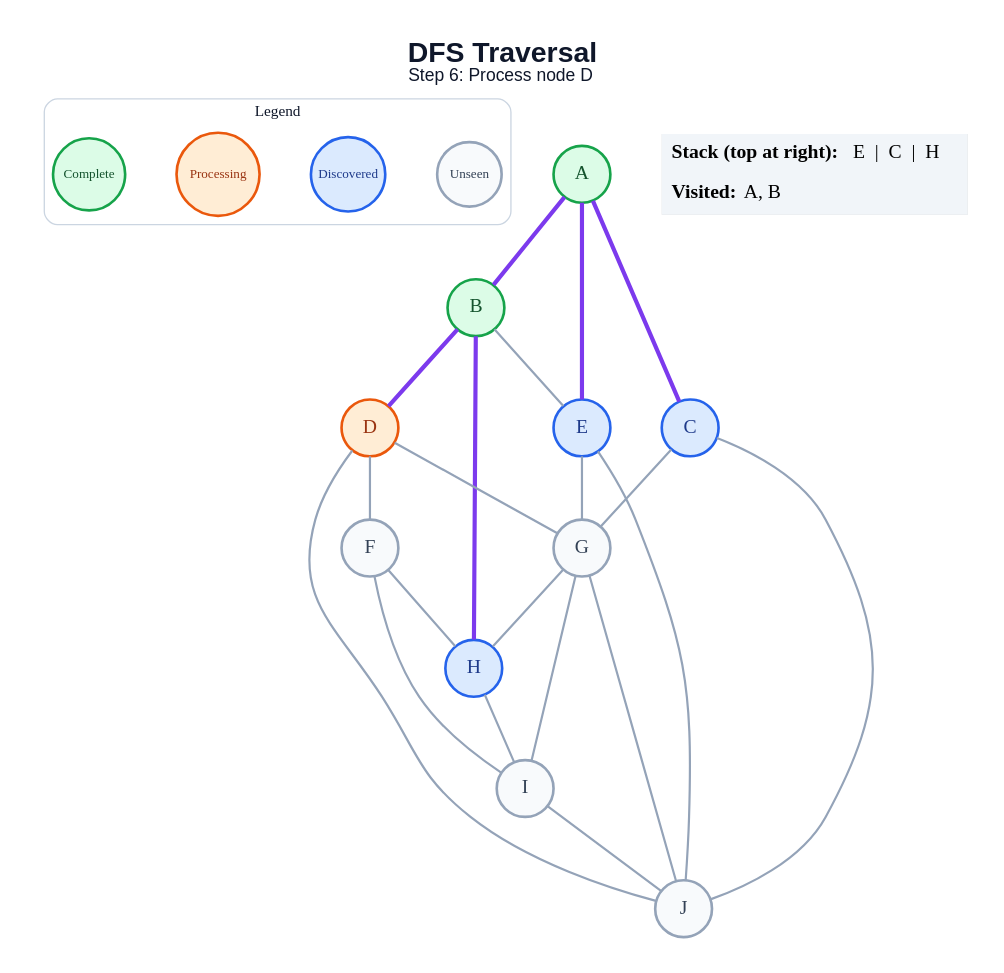
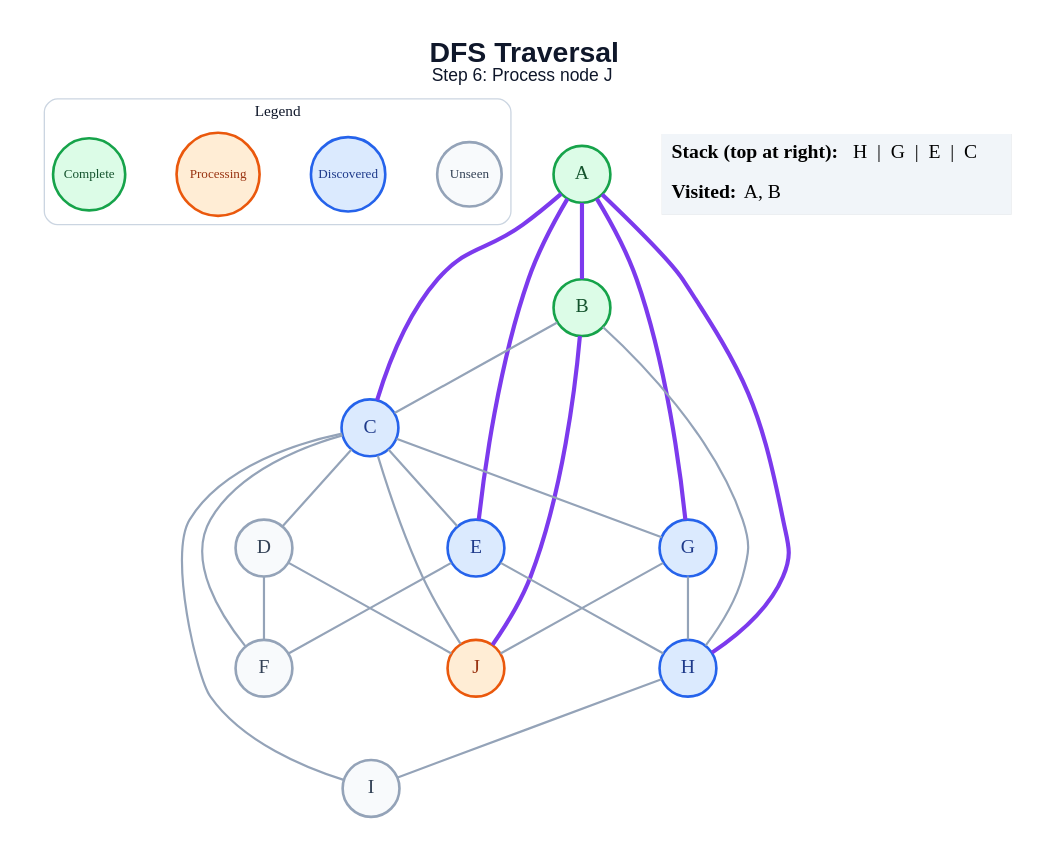
The diagram in generated/dfs/step_06.dot (anon7238593-create/ai-slop), drawn with Graphviz before and after one commit. The commit also changed 171 other files, not shown here.

```diff
--- a/generated/dfs/step_06.dot
+++ b/generated/dfs/step_06.dot
@@ -1,49 +1,50 @@
 graph traversal {
   graph [layout=dot, rankdir=TB, bgcolor="#FFFFFF", pad="0.35", nodesep="0.65", ranksep="0.8", fontname="Arial"];
   node [shape=circle, style="filled", fontname="Arial Bold", fontsize=18, width=0.72, fixedsize=true, penwidth=2.4];
   edge [color="#94A3B8", penwidth=2.0];
-  label=<<B>DFS Traversal</B><BR/><FONT POINT-SIZE="16">Step 6: Process node D</FONT>>; labelloc="t"; fontsize=26; fontname="Arial"; fontcolor="#0F172A";
+  label=<<B>DFS Traversal</B><BR/><FONT POINT-SIZE="16">Step 6: Process node J</FONT>>; labelloc="t"; fontsize=26; fontname="Arial"; fontcolor="#0F172A";
   subgraph cluster_legend { label="Legend"; color="#CBD5E1"; penwidth=1.2; style="rounded"; fontsize=14; fontname="Arial Bold";
     key_unseen [label="Unseen", fillcolor="#F8FAFC", color="#94A3B8", fontcolor="#334155", fontsize=12, width=0.82];
     key_frontier [label="Discovered", fillcolor="#DBEAFE", color="#2563EB", fontcolor="#1E3A8A", fontsize=12, width=0.95];
     key_current [label="Processing", fillcolor="#FFEDD5", color="#EA580C", fontcolor="#9A3412", fontsize=12, width=1.05];
     key_done [label="Complete", fillcolor="#DCFCE7", color="#16A34A", fontcolor="#14532D", fontsize=12, width=0.92];
     { rank=same; key_unseen; key_frontier; key_current; key_done; }
   }
   A [fillcolor="#DCFCE7", color="#16A34A", fontcolor="#14532D"];
   B [fillcolor="#DCFCE7", color="#16A34A", fontcolor="#14532D"];
   C [fillcolor="#DBEAFE", color="#2563EB", fontcolor="#1E3A8A"];
-  D [fillcolor="#FFEDD5", color="#EA580C", fontcolor="#9A3412"];
+  D [fillcolor="#F8FAFC", color="#94A3B8", fontcolor="#334155"];
   E [fillcolor="#DBEAFE", color="#2563EB", fontcolor="#1E3A8A"];
   F [fillcolor="#F8FAFC", color="#94A3B8", fontcolor="#334155"];
-  G [fillcolor="#F8FAFC", color="#94A3B8", fontcolor="#334155"];
+  G [fillcolor="#DBEAFE", color="#2563EB", fontcolor="#1E3A8A"];
   H [fillcolor="#DBEAFE", color="#2563EB", fontcolor="#1E3A8A"];
   I [fillcolor="#F8FAFC", color="#94A3B8", fontcolor="#334155"];
-  J [fillcolor="#F8FAFC", color="#94A3B8", fontcolor="#334155"];
+  J [fillcolor="#FFEDD5", color="#EA580C", fontcolor="#9A3412"];
   A -- B [color="#7C3AED", penwidth=3.8];
   A -- C [color="#7C3AED", penwidth=3.8];
   A -- E [color="#7C3AED", penwidth=3.8];
-  B -- D [color="#7C3AED", penwidth=3.8];
-  B -- E;
-  B -- H [color="#7C3AED", penwidth=3.8];
+  A -- G [color="#7C3AED", penwidth=3.8];
+  A -- H [color="#7C3AED", penwidth=3.8];
+  B -- C;
+  B -- H;
+  B -- J [color="#7C3AED", penwidth=3.8];
+  C -- D;
+  C -- E;
+  C -- F;
   C -- G;
+  C -- I;
   C -- J;
   D -- F;
-  D -- G;
   D -- J;
-  E -- G;
-  E -- J;
-  F -- H;
-  F -- I;
+  E -- F;
+  E -- H;
   G -- H;
-  G -- I;
   G -- J;
   H -- I;
-  I -- J;
   status [shape=plain, fixedsize=false, width=0, height=0, margin=0, label=<
     <TABLE BORDER="0" CELLBORDER="0" CELLPADDING="7" BGCOLOR="#F1F5F9">
-      <TR><TD ALIGN="LEFT"><B>Stack (top at right):</B> E  |  C  |  H</TD></TR>
+      <TR><TD ALIGN="LEFT"><B>Stack (top at right):</B> H  |  G  |  E  |  C</TD></TR>
       <TR><TD ALIGN="LEFT"><B>Visited:</B> A, B</TD></TR>
     </TABLE>
   >];
 }
```
